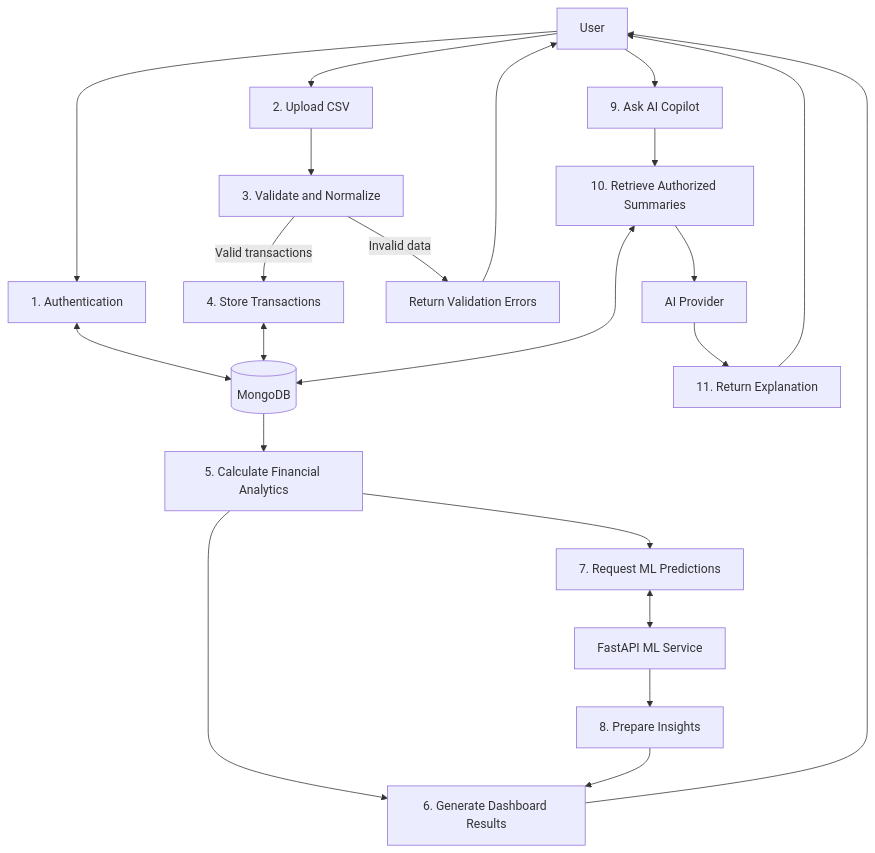
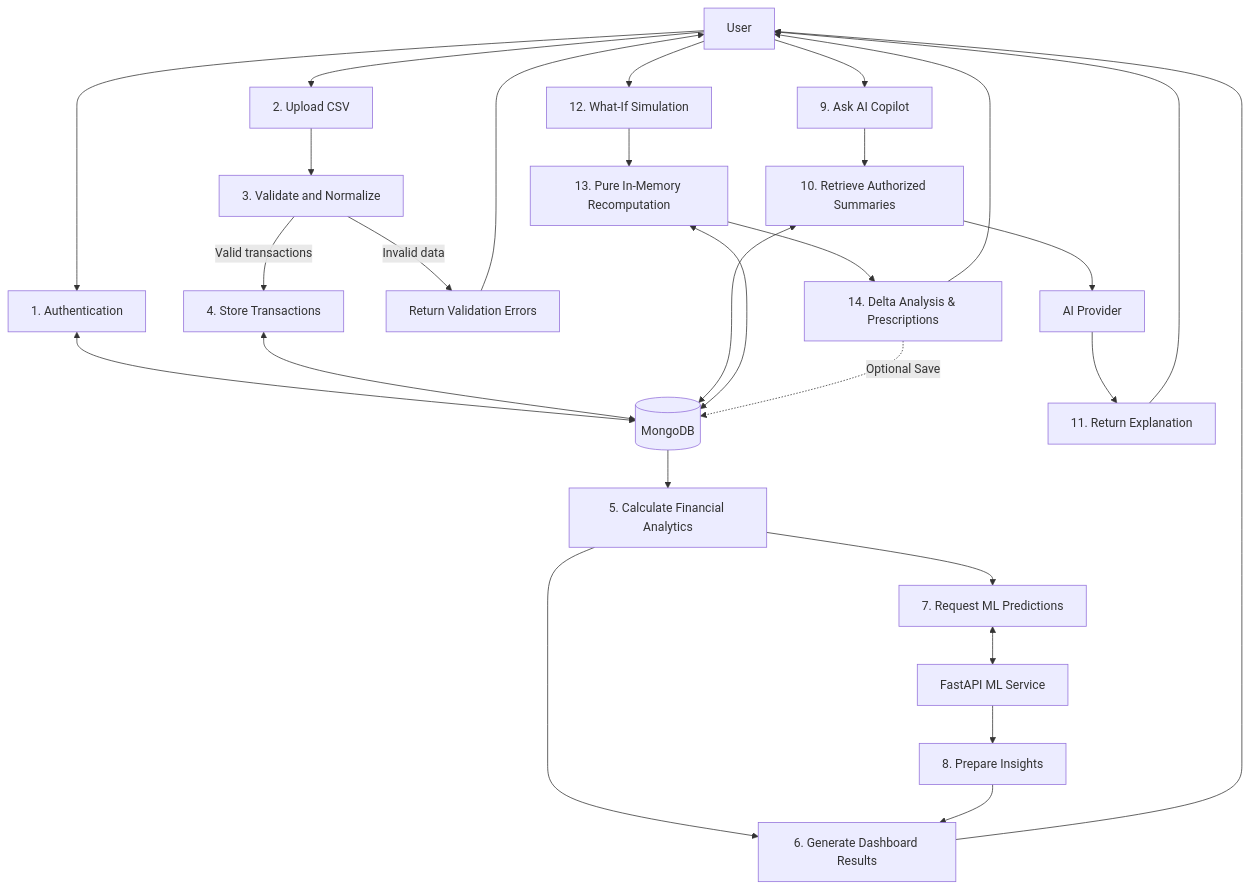
One commit to Amarnath0016/FinSight_AI changed the third of 4 diagrams in docs/architecture.md. Above: the diagram before and after it, drawn with Mermaid. The commit also changed other lines of this file and 15 other files, not shown here.

Commit message:
feat: implement Priority E What-If simulation and scenario analysis

````diff
--- a/docs/architecture.md
+++ b/docs/architecture.md
@@ -61,29 +61,36 @@
 ```mermaid
 flowchart TD
     U[User] --> P1[1. Authentication]
     P1 <--> DB[(MongoDB)]
 
     U --> P2[2. Upload CSV]
     P2 --> P3[3. Validate and Normalize]
     P3 -->|Valid transactions| P4[4. Store Transactions]
     P3 -->|Invalid data| ERR[Return Validation Errors]
     P4 <--> DB
 
     DB --> P5[5. Calculate Financial Analytics]
     P5 --> P6[6. Generate Dashboard Results]
 
     P5 --> P7[7. Request ML Predictions]
     P7 <--> ML[FastAPI ML Service]
     ML --> P8[8. Prepare Insights]
     P8 --> P6
 
     U --> P9[9. Ask AI Copilot]
     P9 --> P10[10. Retrieve Authorized Summaries]
     P10 <--> DB
     P10 --> AI[AI Provider]
     AI --> P11[11. Return Explanation]
 
+    U --> P12[12. What-If Simulation]
+    P12 --> P13[13. Pure In-Memory Recomputation]
+    P13 <--> DB
+    P13 --> P14[14. Delta Analysis & Prescriptions]
+    P14 --> U
+    P14 -.->|Optional Save| DB
+
     P6 --> U
     P11 --> U
     ERR --> U
 ```
````
